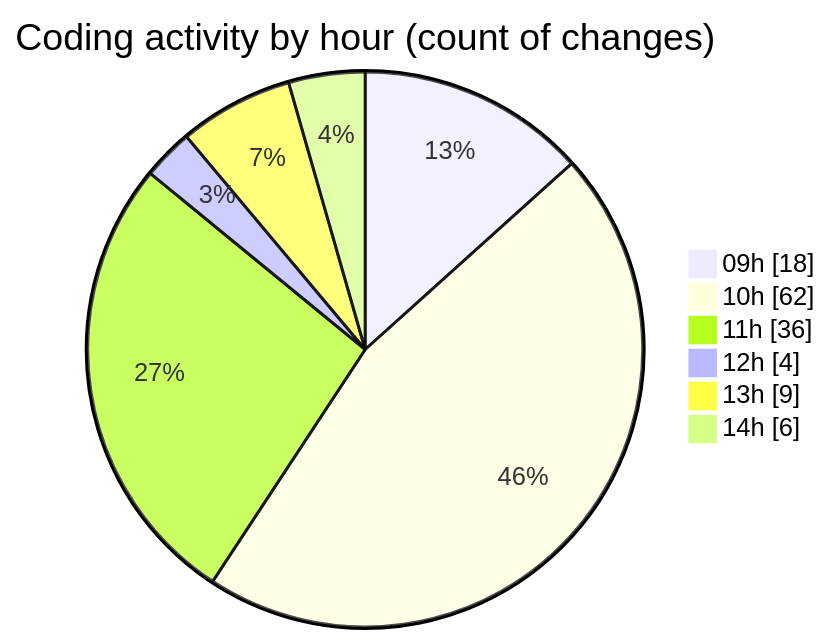
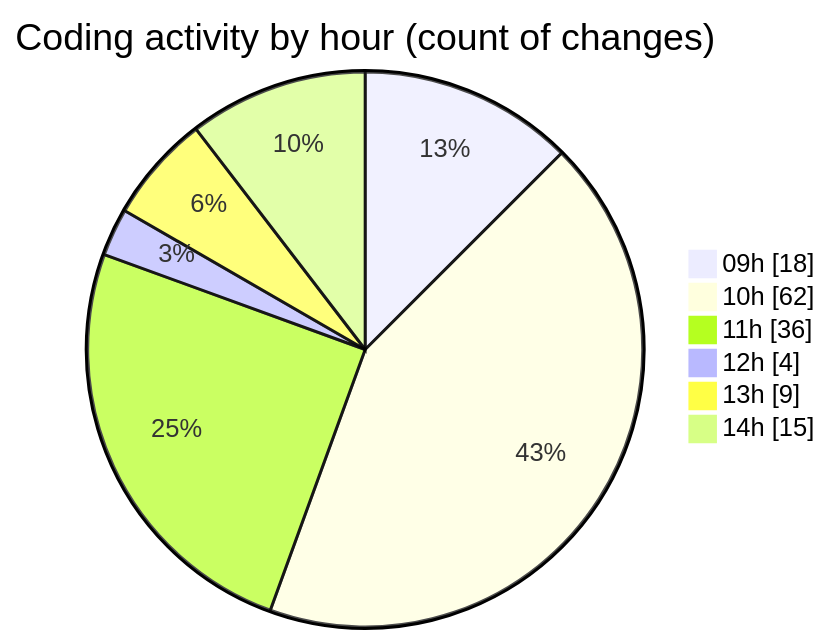
Before and after one commit to momahboobian/code-tracking: the second of 2 diagrams in 2025-07-01/cda/README.md, drawn with Mermaid. The commit also changed other lines of this file and 1 other file, not shown here.

````diff
--- a/2025-07-01/cda/README.md
+++ b/2025-07-01/cda/README.md
@@ -47,10 +52,10 @@
 ```mermaid
 pie showData
 title Coding activity by hour (count of changes)
 "09h" : 18
 "10h" : 62
 "11h" : 36
 "12h" : 4
 "13h" : 9
-"14h" : 6
+"14h" : 15
 ```
````
